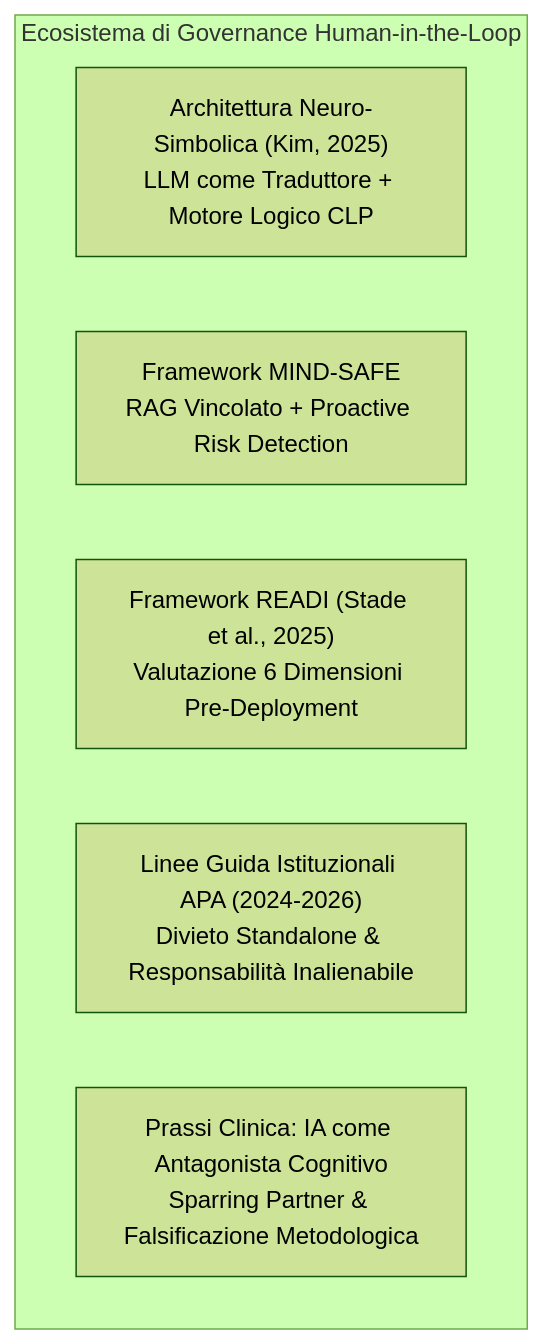
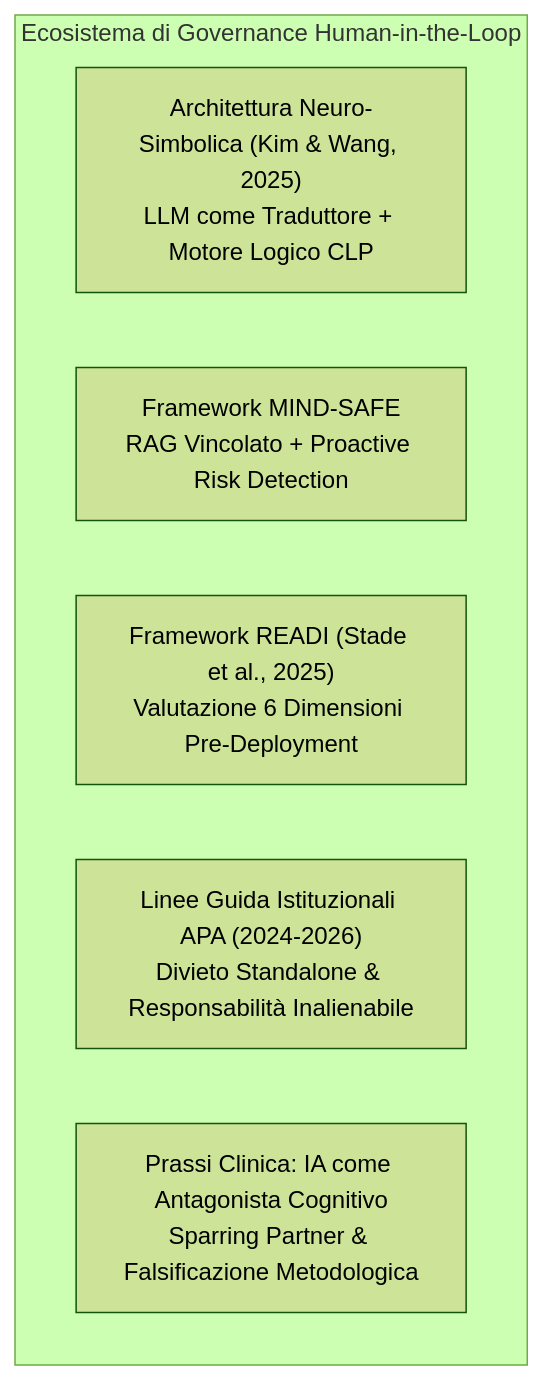
Before and after one commit to andreaferrari7-star/andreaferrari.github.io: the fourth of 5 diagrams in content/sintesi/ai-generativa-in-psicoterapia.md, drawn with Mermaid (forest theme). The commit also changed other lines of this file and 656 other files, not shown here.

````diff
--- a/content/sintesi/ai-generativa-in-psicoterapia.md
+++ b/content/sintesi/ai-generativa-in-psicoterapia.md
@@ -127,10 +127,10 @@
 ```mermaid
 flowchart TD
     subgraph Protocolli_Human_in_the_Loop ["Ecosistema di Governance Human-in-the-Loop"]
-        P1["Architettura Neuro-Simbolica (Kim, 2025)<br>LLM come Traduttore + Motore Logico CLP"]
+        P1["Architettura Neuro-Simbolica (Kim & Wang, 2025)<br>LLM come Traduttore + Motore Logico CLP"]
         P2["Framework MIND-SAFE<br>RAG Vincolato + Proactive Risk Detection"]
         P3["Framework READI (Stade et al., 2025)<br>Valutazione 6 Dimensioni Pre-Deployment"]
         P4["Linee Guida Istituzionali APA (2024-2026)<br>Divieto Standalone & Responsabilità Inalienabile"]
         P5["Prassi Clinica: IA come Antagonista Cognitivo<br>Sparring Partner & Falsificazione Metodologica"]
     end
 ```
````
